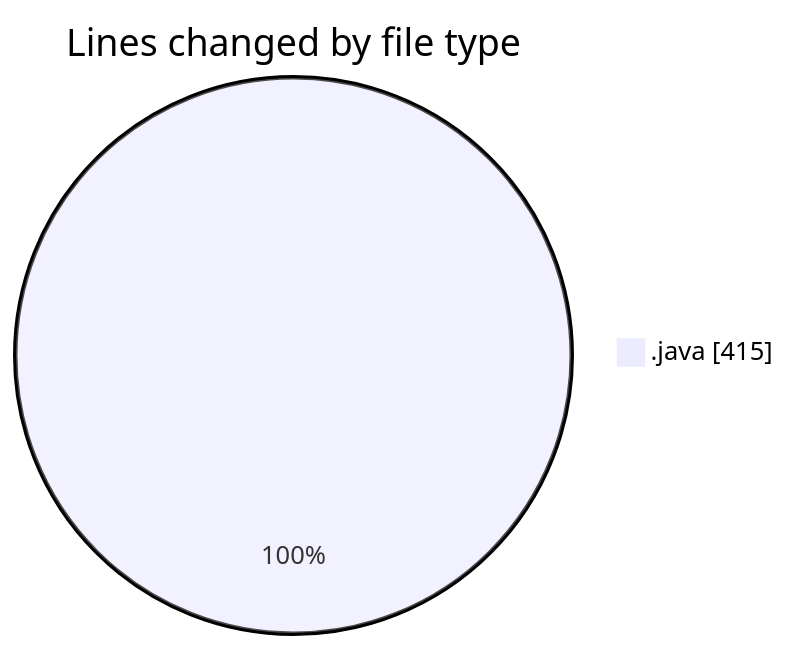
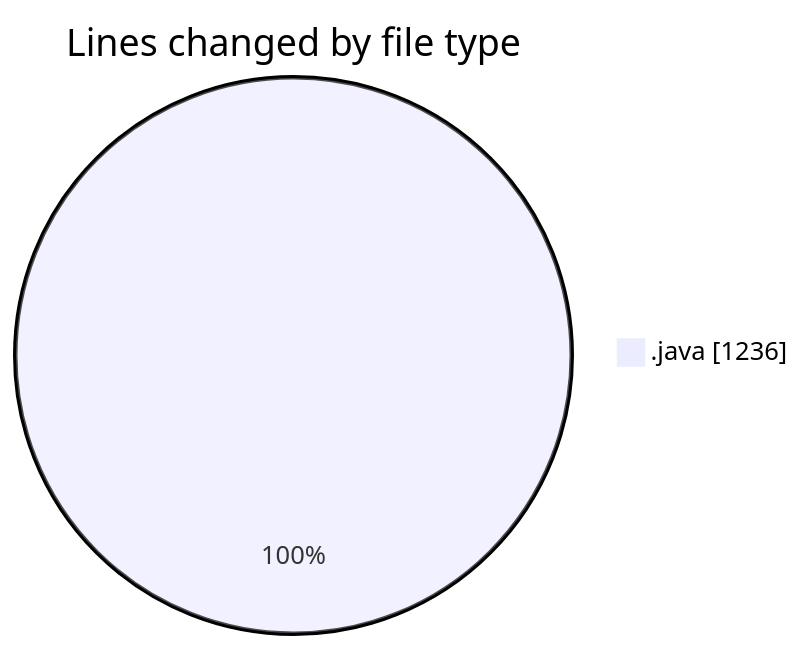
The first of 2 diagrams in 2026-07-21/cilreports__workspace_/README.md (ricardozamudiocil/code-tracking), drawn with Mermaid before and after one commit. The commit also changed other lines of this file and 1 other file, not shown here.

````diff
--- a/2026-07-21/cilreports__workspace_/README.md
+++ b/2026-07-21/cilreports__workspace_/README.md
@@ -20,5 +21,5 @@
 ```mermaid
 pie showData
 title Lines changed by file type
-".java" : 415
+".java" : 1236
 ```
````
